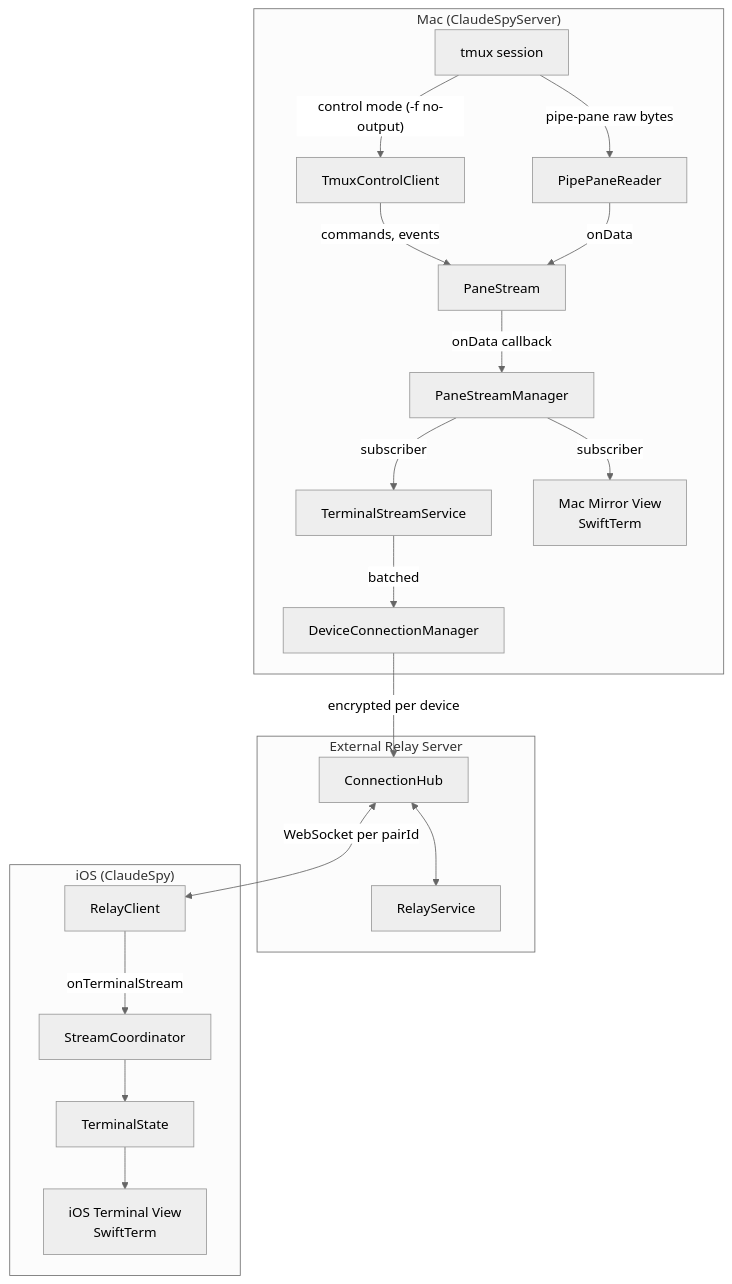
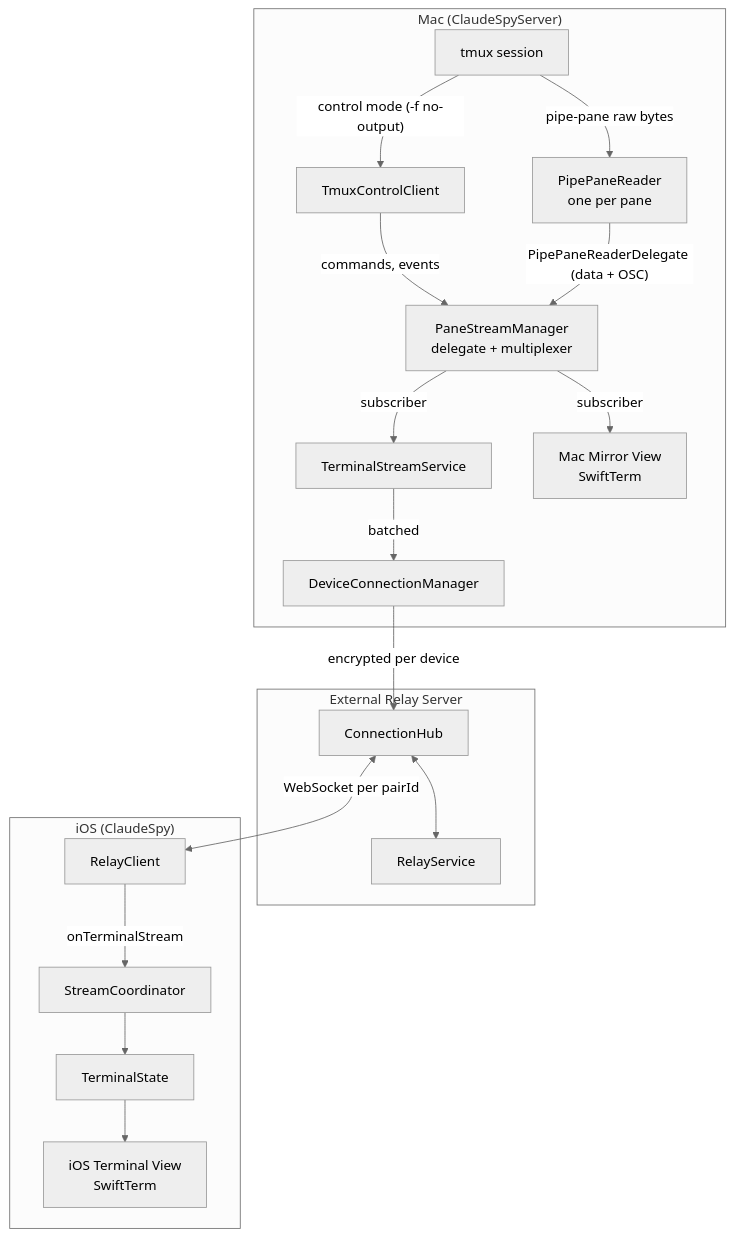
One commit to gpambrozio/Gallager changed the first of 12 diagrams in docs/streaming-architecture.md. Above: the diagram before and after it, drawn with Mermaid (neutral theme). The commit also changed other lines of this file and 25 other files, not shown here.

First line of the commit message:
One persistent PipePaneReader per pane (closes #476) (#479)

````diff
--- a/docs/streaming-architecture.md
+++ b/docs/streaming-architecture.md
@@ -7,40 +7,38 @@
 ```mermaid
 graph TB
     subgraph Mac["Mac (ClaudeSpyServer)"]
         TMUX[tmux session]
         TCC[TmuxControlClient]
-        PPR[PipePaneReader]
-        PS[PaneStream]
-        PSM[PaneStreamManager]
+        PPR[PipePaneReader<br/>one per pane]
+        PSM[PaneStreamManager<br/>delegate + multiplexer]
         TSS[TerminalStreamService]
         DCM[DeviceConnectionManager]
         MV[Mac Mirror View<br/>SwiftTerm]
     end
 
     subgraph Server["External Relay Server"]
         CH[ConnectionHub]
         RS[RelayService]
     end
 
     subgraph iOS["iOS (ClaudeSpy)"]
         RC[RelayClient]
         SC[StreamCoordinator]
         TS[TerminalState]
         IV[iOS Terminal View<br/>SwiftTerm]
     end
 
     TMUX -->|"control mode (-f no-output)"| TCC
-    TCC -->|commands, events| PS
+    TCC -->|commands, events| PSM
     TMUX -->|"pipe-pane raw bytes"| PPR
-    PPR -->|onData| PS
-    PS -->|onData callback| PSM
+    PPR -->|"PipePaneReaderDelegate (data + OSC)"| PSM
     PSM -->|subscriber| MV
     PSM -->|subscriber| TSS
     TSS -->|batched| DCM
     DCM -->|encrypted per device| CH
     CH <--> RS
     CH <-->|WebSocket per pairId| RC
     RC -->|onTerminalStream| SC
     SC --> TS
     TS --> IV
 ```
````
